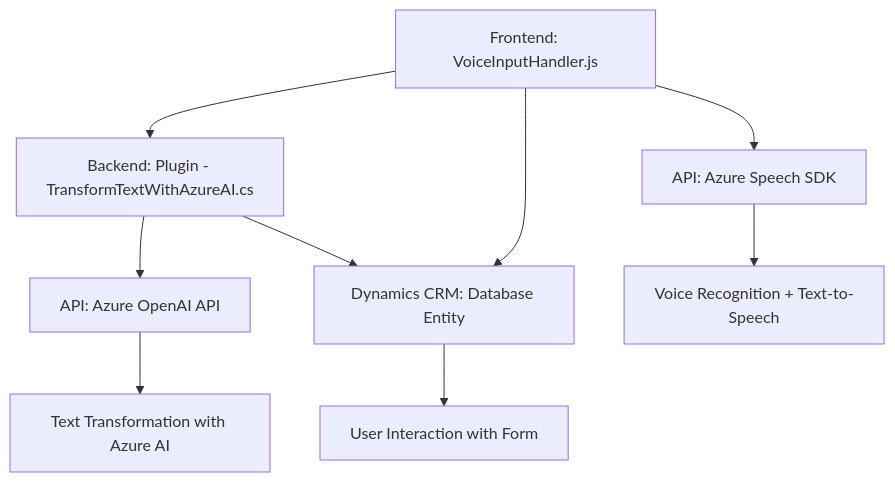
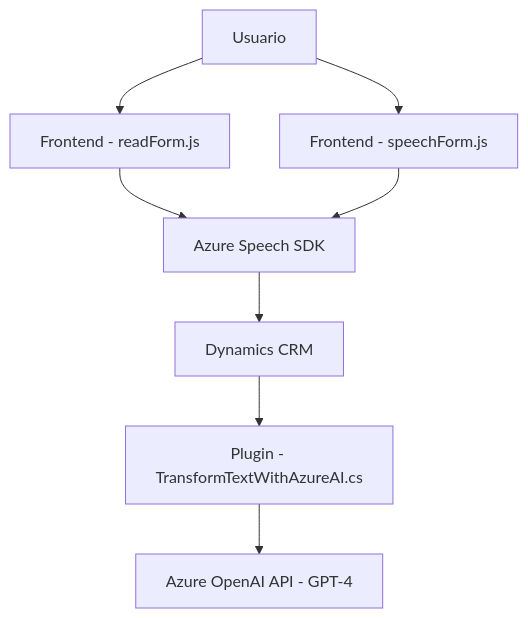
Before and after one commit to blopezdm/NETCORE_BILBAO2025: the diagram in README.md, drawn with Mermaid. The commit also changed other lines of this file, not shown here.

````diff
--- a/README.md
+++ b/README.md
@@ -49,11 +34,18 @@
 ```mermaid
 graph TD
-  A["Frontend: VoiceInputHandler.js"] --> B["Backend: Plugin - TransformTextWithAzureAI.cs"]
-  A --> C["API: Azure Speech SDK"]
-  B --> D["API: Azure OpenAI API"]
-  B --> E["Dynamics CRM: Database Entity"]
-  A --> E
-  C --> F["Voice Recognition + Text-to-Speech"]
-  D --> G["Text Transformation with Azure AI"]
-  E --> H["User Interaction with Form"]
+    A["Usuario"]
+    B["Frontend - readForm.js"]
+    C["Frontend - speechForm.js"]
+    D["Azure Speech SDK"]
+    E["Dynamics CRM"]
+    F["Plugin - TransformTextWithAzureAI.cs"]
+    G["Azure OpenAI API - GPT-4"]
+
+    A --> B
+    A --> C
+    B --> D
+    C --> D
+    D --> E
+    E --> F
+    F --> G
 ```
````
